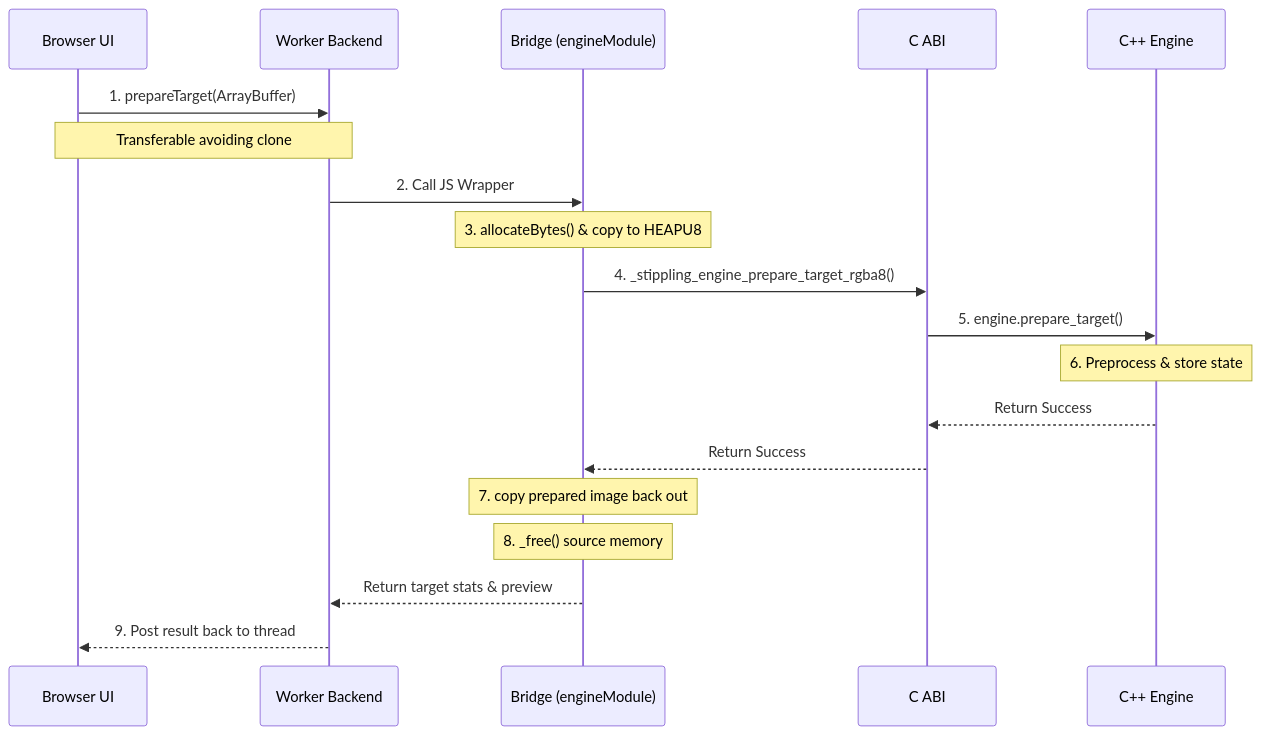
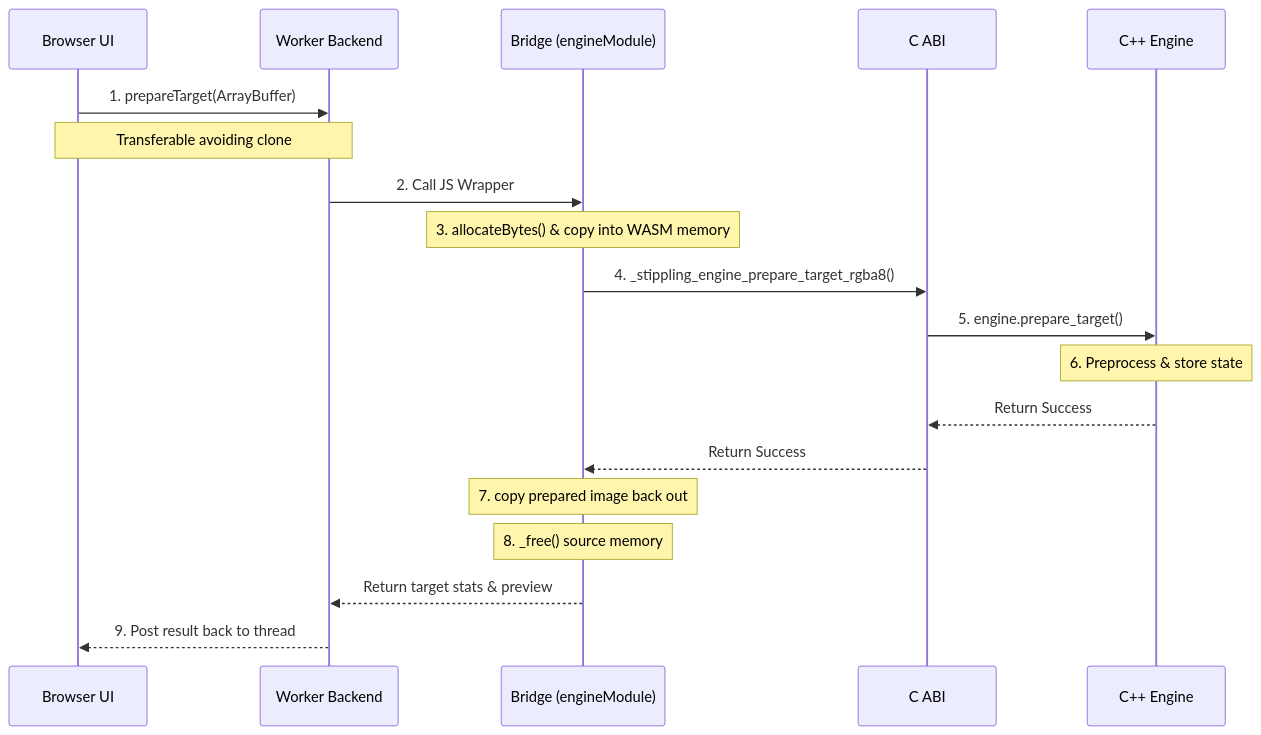
Before and after one commit to Mfon-19/ga_stippling: the second of 2 diagrams in README.md, drawn with Mermaid. The commit also changed other lines of this file and 27 other files, not shown here.

````diff
--- a/README.md
+++ b/README.md
@@ -220,22 +222,22 @@
 ```mermaid
 sequenceDiagram
     participant UI as Browser UI
     participant Backend as Worker Backend
     participant Bridge as Bridge (engineModule)
     participant C_API as C ABI
     participant Engine as C++ Engine
 
     UI->>Backend: 1. prepareTarget(ArrayBuffer)
     Note over UI,Backend: Transferable avoiding clone
     Backend->>Bridge: 2. Call JS Wrapper
-    Note over Bridge: 3. allocateBytes() & copy to HEAPU8
+    Note over Bridge: 3. allocateBytes() & copy into WASM memory
     Bridge->>C_API: 4. _stippling_engine_prepare_target_rgba8()
     C_API->>Engine: 5. engine.prepare_target()
     Note over Engine: 6. Preprocess & store state
     Engine-->>C_API: Return Success
     C_API-->>Bridge: Return Success
     Note over Bridge: 7. copy prepared image back out
     Note over Bridge: 8. _free() source memory
     Bridge-->>Backend: Return target stats & preview
     Backend-->>UI: 9. Post result back to thread
 ```
````
